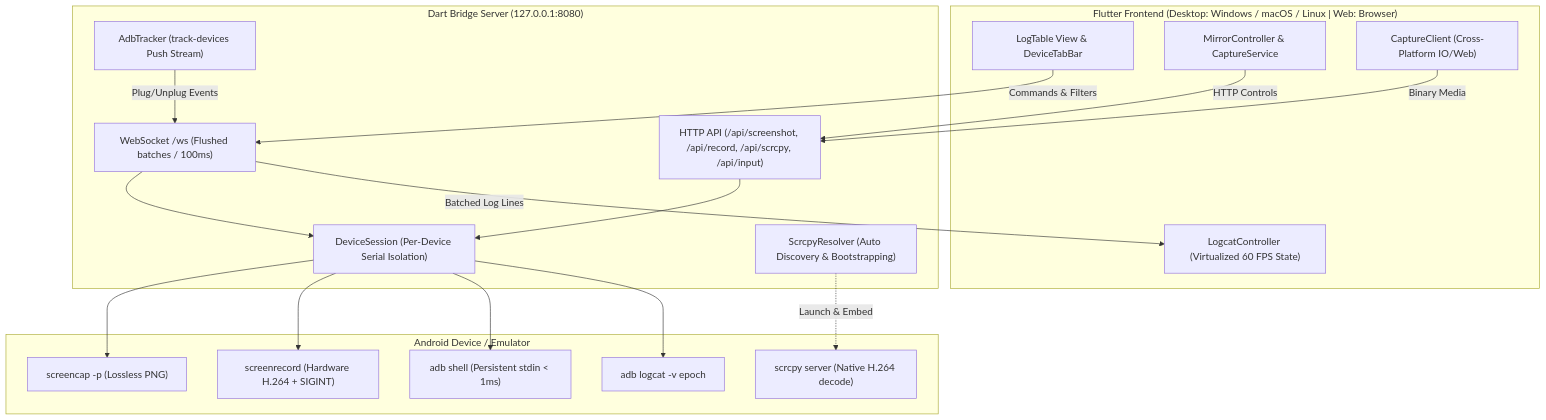
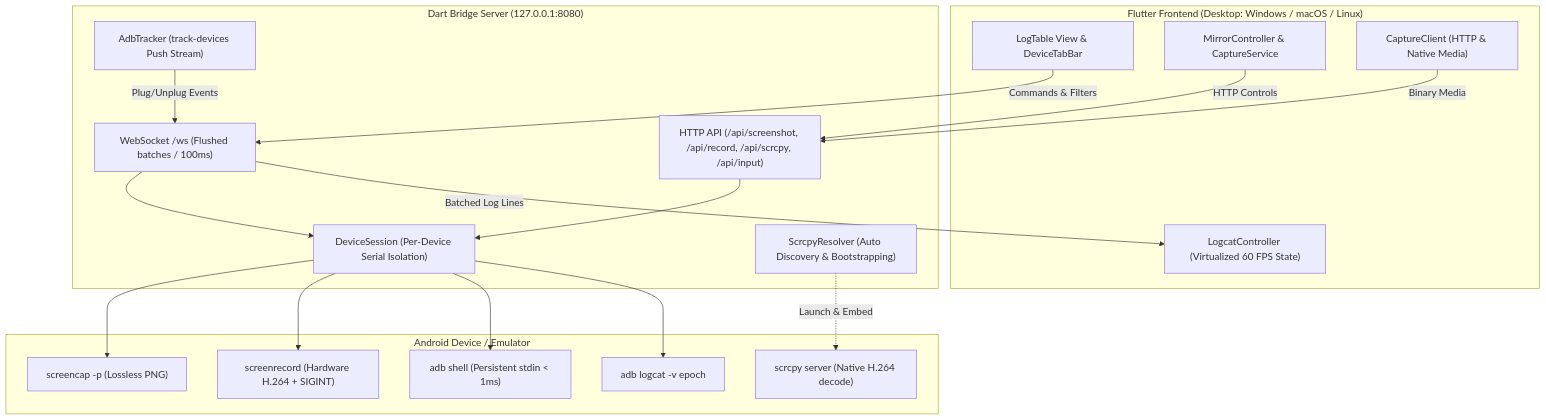
One commit to ananth-j/Ncat changed the diagram in docs/ARCHITECTURE.md. Above: the diagram before and after it, drawn with Mermaid. The commit also changed other lines of this file and 30 other files, not shown here.

Commit message:
chore: strip web platform support and streamline as desktop-only app

````diff
--- a/docs/ARCHITECTURE.md
+++ b/docs/ARCHITECTURE.md
@@ -9,38 +9,38 @@
 ```mermaid
 flowchart TD
-    subgraph Frontend["Flutter Frontend (Desktop: Windows / macOS / Linux | Web: Browser)"]
+    subgraph Frontend["Flutter Frontend (Desktop: Windows / macOS / Linux)"]
         UI["LogTable View & DeviceTabBar"]
         MC["MirrorController & CaptureService"]
         LC["LogcatController (Virtualized 60 FPS State)"]
-        CC["CaptureClient (Cross-Platform IO/Web)"]
+        CC["CaptureClient (HTTP & Native Media)"]
     end
 
     subgraph Bridge["Dart Bridge Server (127.0.0.1:8080)"]
         WS["WebSocket /ws (Flushed batches / 100ms)"]
         HTTP["HTTP API (/api/screenshot, /api/record, /api/scrcpy, /api/input)"]
         DS["DeviceSession (Per-Device Serial Isolation)"]
         TR["AdbTracker (track-devices Push Stream)"]
         SR["ScrcpyResolver (Auto Discovery & Bootstrapping)"]
     end
 
     subgraph Hardware["Android Device / Emulator"]
         LOGCAT["adb logcat -v epoch"]
         SHELL["adb shell (Persistent stdin < 1ms)"]
         REC["screenrecord (Hardware H.264 + SIGINT)"]
         CAP["screencap -p (Lossless PNG)"]
         SC["scrcpy server (Native H.264 decode)"]
     end
 
     UI -->|Commands & Filters| WS
     WS -->|Batched Log Lines| LC
     MC -->|HTTP Controls| HTTP
     CC -->|Binary Media| HTTP
     HTTP --> DS
     WS --> DS
     TR -->|Plug/Unplug Events| WS
     DS --> LOGCAT
     DS --> SHELL
     DS --> REC
     DS --> CAP
     SR -.->|Launch & Embed| SC
 ```
````
